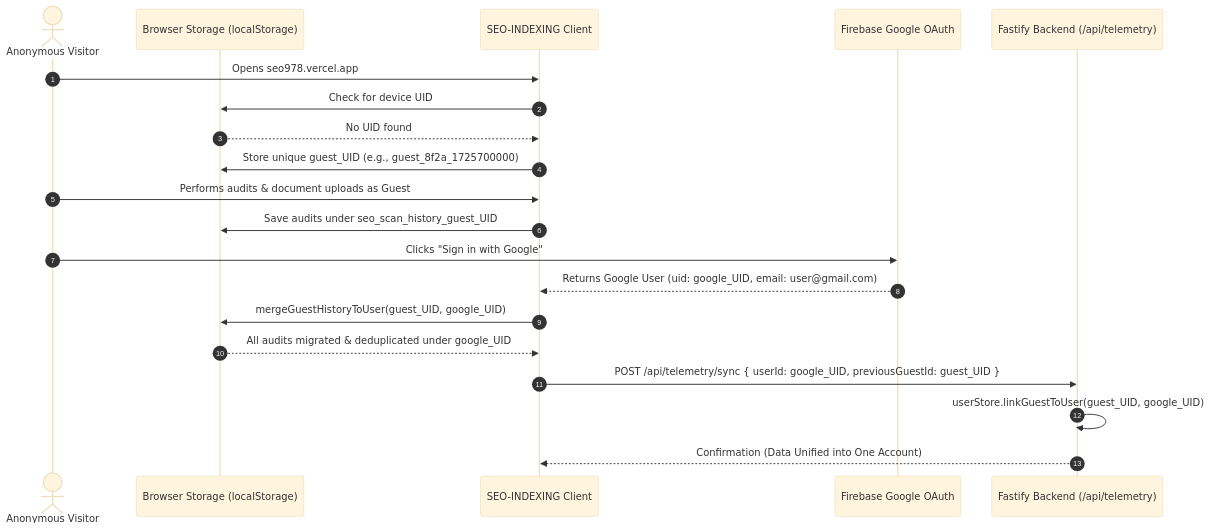
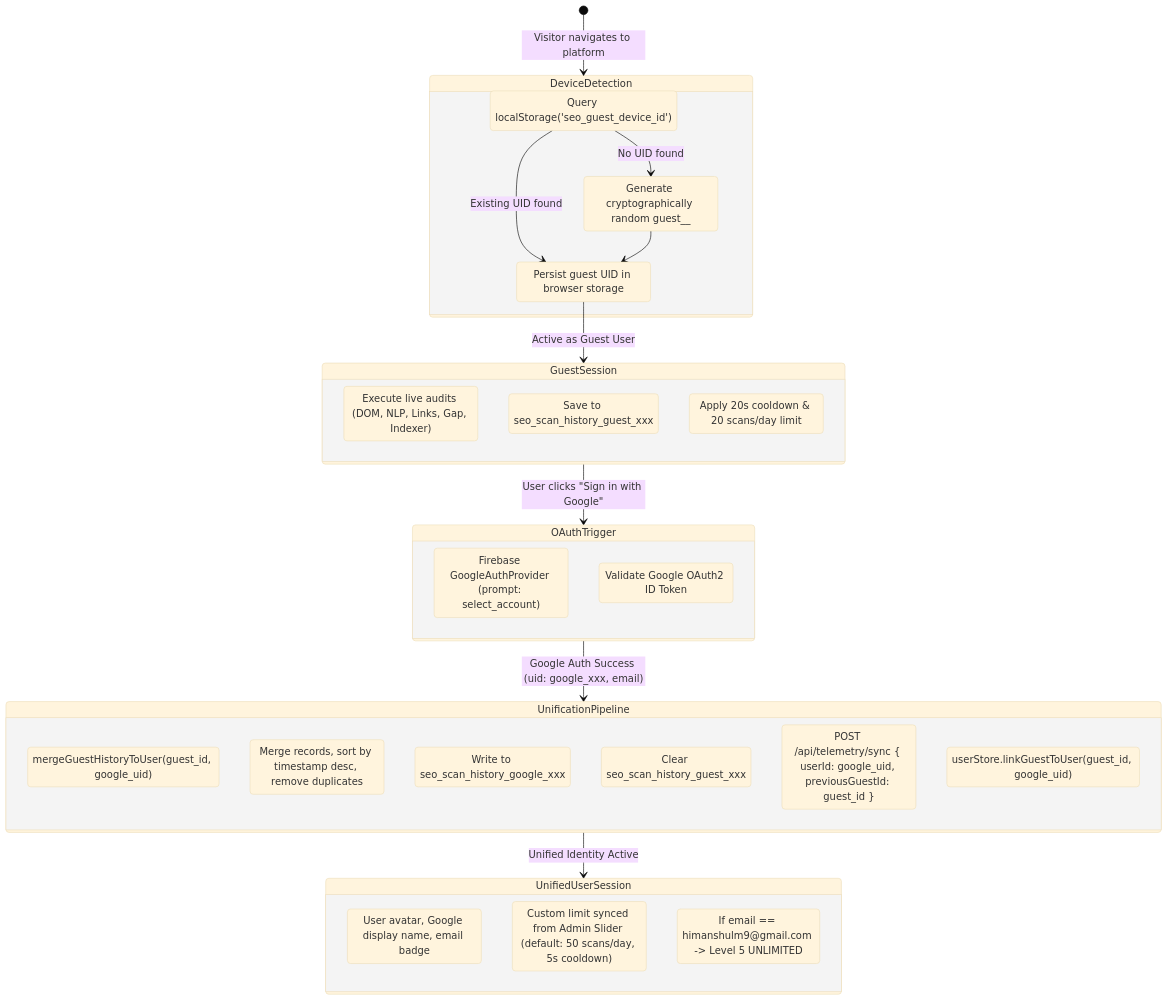
The first of 4 diagrams in docs/ENGINEERING_METHODS_AND_CONCEPTS.md (himanshulm9-debug/About-me), drawn with Mermaid (base theme) before and after one commit. The commit also changed other lines of this file and 1 other file, not shown here.

Commit message:
docs: comprehensive UID and Google unification breakdown with state diagrams, tables, and algorithms

````diff
--- a/docs/ENGINEERING_METHODS_AND_CONCEPTS.md
+++ b/docs/ENGINEERING_METHODS_AND_CONCEPTS.md
@@ -61,23 +55,48 @@
 ```mermaid
-sequenceDiagram
-    autonumber
-    actor User as Anonymous Visitor
-    participant Browser as Browser Storage (localStorage)
-    participant SEO as SEO-INDEXING Client
-    participant Auth as Firebase Google OAuth
-    participant Backend as Fastify Backend (/api/telemetry)
-
-    User->>SEO: Opens seo978.vercel.app
-    SEO->>Browser: Check for device UID
-    Browser-->>SEO: No UID found
-    SEO->>Browser: Store unique guest_UID (e.g., guest_8f2a_1725700000)
-    User->>SEO: Performs audits & document uploads as Guest
-    SEO->>Browser: Save audits under seo_scan_history_guest_UID
-    User->>Auth: Clicks "Sign in with Google"
-    Auth-->>SEO: Returns Google User (uid: google_UID, email: user@gmail.com)
-    SEO->>Browser: mergeGuestHistoryToUser(guest_UID, google_UID)
-    Browser-->>SEO: All audits migrated & deduplicated under google_UID
-    SEO->>Backend: POST /api/telemetry/sync { userId: google_UID, previousGuestId: guest_UID }
-    Backend->>Backend: userStore.linkGuestToUser(guest_UID, google_UID)
-    Backend-->>SEO: Confirmation (Data Unified into One Account)
+stateDiagram-v2
+    [*] --> DeviceDetection: Visitor navigates to platform
+    
+    state DeviceDetection {
+        CheckStorage: Query localStorage('seo_guest_device_id')
+        GenerateUID: Generate cryptographically random guest_<rand>_<timestamp>
+        StoreUID: Persist guest UID in browser storage
+        
+        CheckStorage --> StoreUID: Existing UID found
+        CheckStorage --> GenerateUID: No UID found
+        GenerateUID --> StoreUID
+    }
+    
+    StoreUID --> GuestSession: Active as Guest User
+    
+    state GuestSession {
+        RunScans: Execute live audits (DOM, NLP, Links, Gap, Indexer)
+        StoreGuestHistory: Save to seo_scan_history_guest_xxx
+        TrackCooldown: Apply 20s cooldown & 20 scans/day limit
+    }
+    
+    GuestSession --> OAuthTrigger: User clicks "Sign in with Google"
+    
+    state OAuthTrigger {
+        OpenPopup: Firebase GoogleAuthProvider (prompt: select_account)
+        VerifyAuth: Validate Google OAuth2 ID Token
+    }
+    
+    OAuthTrigger --> UnificationPipeline: Google Auth Success (uid: google_xxx, email)
+    
+    state UnificationPipeline {
+        LocalMigration: mergeGuestHistoryToUser(guest_id, google_uid)
+        Deduplication: Merge records, sort by timestamp desc, remove duplicates
+        SaveGoogleHistory: Write to seo_scan_history_google_xxx
+        PurgeGuestHistory: Clear seo_scan_history_guest_xxx
+        DispatchTelemetry: POST /api/telemetry/sync { userId: google_uid, previousGuestId: guest_id }
+        BackendReconciliation: userStore.linkGuestToUser(guest_id, google_uid)
+    }
+    
+    UnificationPipeline --> UnifiedUserSession: Unified Identity Active
+    
+    state UnifiedUserSession {
+        GoogleIdentity: User avatar, Google display name, email badge
+        AdminQuota: Custom limit synced from Admin Slider (default: 50 scans/day, 5s cooldown)
+        SuperAdminCheck: If email == himanshulm9@gmail.com -> Level 5 UNLIMITED
+    }
 ```
````
